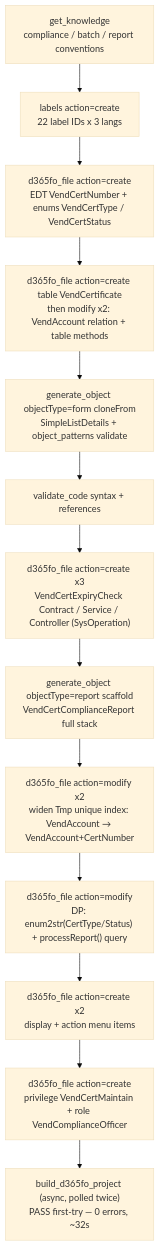
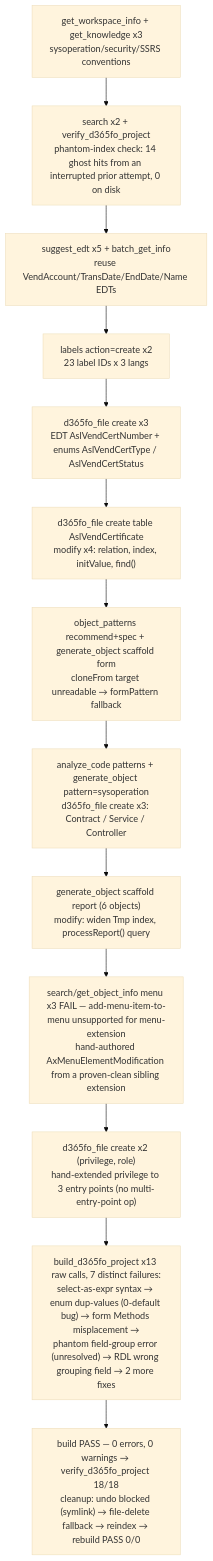
One commit to timothy775/d365fo-mcp-server changed the third of 5 diagrams in docs/USAGE_EXAMPLES.md. Above: the diagram before and after it, drawn with Mermaid (base theme). The commit also changed other lines of this file, not shown here.

First line of the commit message:
docs(eval): full re-validation of all 5 usage-example scenarios

````diff
--- a/docs/USAGE_EXAMPLES.md
+++ b/docs/USAGE_EXAMPLES.md
@@ -182,15 +187,15 @@
 ```mermaid
 flowchart TB
-    A["get_knowledge<br/>compliance / batch / report conventions"] --> B["labels action=create<br/>22 label IDs x 3 langs"]
-    B --> C["d365fo_file action=create<br/>EDT VendCertNumber + enums VendCertType / VendCertStatus"]
-    C --> D["d365fo_file action=create table VendCertificate<br/>then modify x2: VendAccount relation + table methods"]
-    D --> E["generate_object objectType=form cloneFrom<br/>SimpleListDetails + object_patterns validate"]
-    E --> F["validate_code syntax + references"]
-    F --> G["d365fo_file action=create x3<br/>VendCertExpiryCheck Contract / Service / Controller (SysOperation)"]
-    G --> H["generate_object objectType=report scaffold<br/>VendCertComplianceReport full stack"]
-    H --> I["d365fo_file action=modify x2<br/>widen Tmp unique index: VendAccount → VendAccount+CertNumber"]
-    I --> J["d365fo_file action=modify<br/>DP: enum2str(CertType/Status) + processReport() query"]
-    J --> K["d365fo_file action=create x2<br/>display + action menu items"]
-    K --> L["d365fo_file action=create<br/>privilege VendCertMaintain + role VendComplianceOfficer"]
-    L --> M["build_d365fo_project (async, polled twice)<br/>PASS first-try — 0 errors, ~32s"]
+    A["get_workspace_info + get_knowledge x3<br/>sysoperation/security/SSRS conventions"] --> B["search x2 + verify_d365fo_project<br/>phantom-index check: 14 ghost hits from an interrupted prior attempt, 0 on disk"]
+    B --> C["suggest_edt x5 + batch_get_info<br/>reuse VendAccount/TransDate/EndDate/Name EDTs"]
+    C --> D["labels action=create x2<br/>23 label IDs x 3 langs"]
+    D --> E["d365fo_file create x3<br/>EDT AslVendCertNumber + enums AslVendCertType / AslVendCertStatus"]
+    E --> F["d365fo_file create table AslVendCertificate<br/>modify x4: relation, index, initValue, find()"]
+    F --> G["object_patterns recommend+spec + generate_object scaffold form<br/>cloneFrom target unreadable → formPattern fallback"]
+    G --> H["analyze_code patterns + generate_object pattern=sysoperation<br/>d365fo_file create x3: Contract / Service / Controller"]
+    H --> I["generate_object scaffold report (6 objects)<br/>modify: widen Tmp index, processReport() query"]
+    I --> J["search/get_object_info menu x3 FAIL — add-menu-item-to-menu unsupported for menu-extension<br/>hand-authored AxMenuElementModification from a proven-clean sibling extension"]
+    J --> K["d365fo_file create x2 (privilege, role)<br/>hand-extended privilege to 3 entry points (no multi-entry-point op)"]
+    K --> L["build_d365fo_project x13 raw calls, 7 distinct failures:<br/>select-as-expr syntax → enum dup-values (0-default bug) → form Methods misplacement →<br/>phantom field-group error (unresolved) → RDL wrong grouping field → 2 more fixes"]
+    L --> M["build PASS — 0 errors, 0 warnings → verify_d365fo_project 18/18<br/>cleanup: undo blocked (symlink) → file-delete fallback → reindex → rebuild PASS 0/0"]
 ```
````
